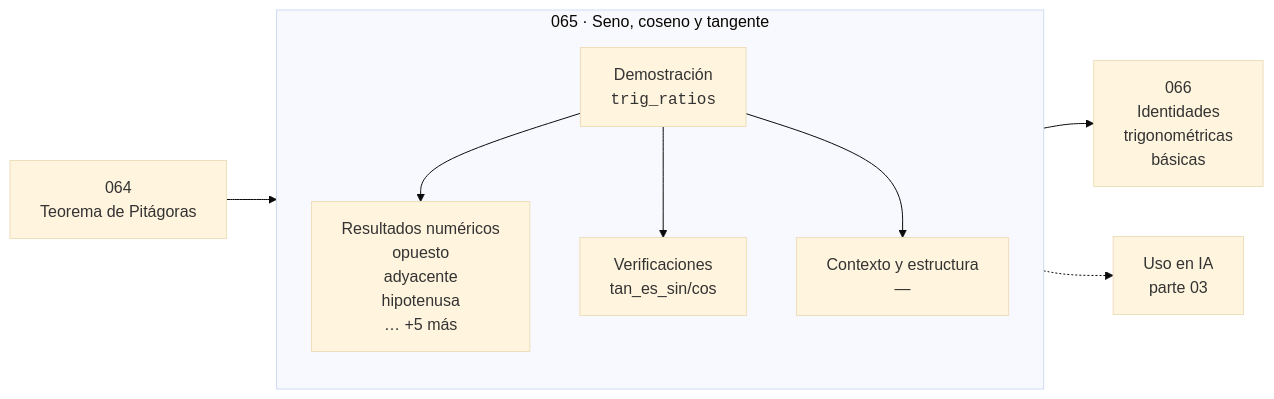
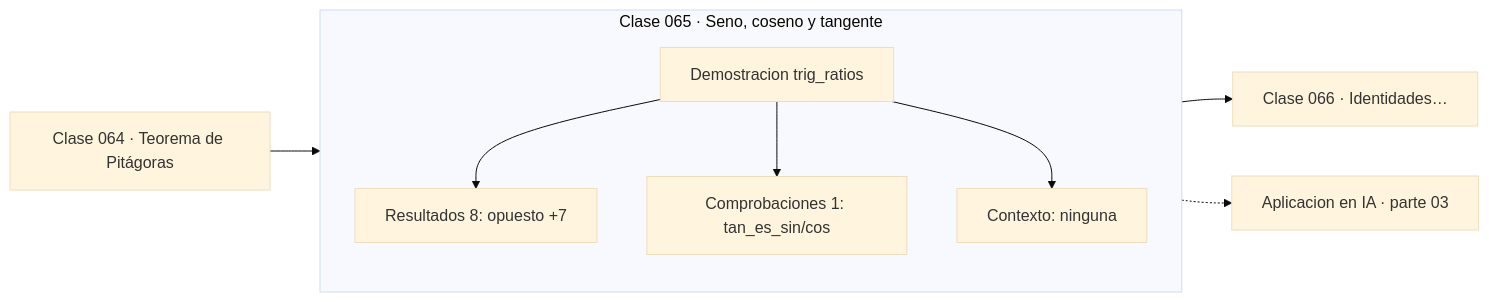
The diagram in classes/part-03-geometria-trigonometria-y-geometria-analitica/065-seno-coseno-y-tangente/README.md (vladimiracunadev-create/computational-mathematics-program), drawn with Mermaid (base theme) before and after one commit. The commit also changed 389 other files, not shown here.

First line of the commit message:
fix(diagramas): elimina el HTML de las etiquetas Mermaid

````diff
--- a/classes/part-03-geometria-trigonometria-y-geometria-analitica/065-seno-coseno-y-tangente/README.md
+++ b/classes/part-03-geometria-trigonometria-y-geometria-analitica/065-seno-coseno-y-tangente/README.md
@@ -36,12 +36,13 @@
 ```mermaid
 flowchart LR
-    P["064<br/>Teorema de Pitágoras"] --> C
-    subgraph C["065 · Seno, coseno y tangente"]
+    P["Clase 064 · Teorema de Pitágoras"] --> D
+    subgraph CLASE["Clase 065 · Seno, coseno y tangente"]
         direction TB
-        D["Demostración<br/><code>trig_ratios</code>"] --> R["Resultados numéricos<br/>opuesto<br/>adyacente<br/>hipotenusa<br/>… +5 más"]
-        D --> V["Verificaciones<br/>tan_es_sin/cos"]
-        D --> O["Contexto y estructura<br/>—"]
+        D["Demostracion trig_ratios"]
+        D --> R["Resultados 8: opuesto +7"]
+        D --> V["Comprobaciones 1: tan_es_sin/cos"]
+        D --> O["Contexto: ninguna"]
     end
-    C --> N["066<br/>Identidades<br/>trigonométricas<br/>básicas"]
-    C -.-> IA["Uso en IA<br/>parte 03"]
+    R --> N["Clase 066 · Identidades…"]
+    V -.-> IA["Aplicacion en IA · parte 03"]
 ```
````
